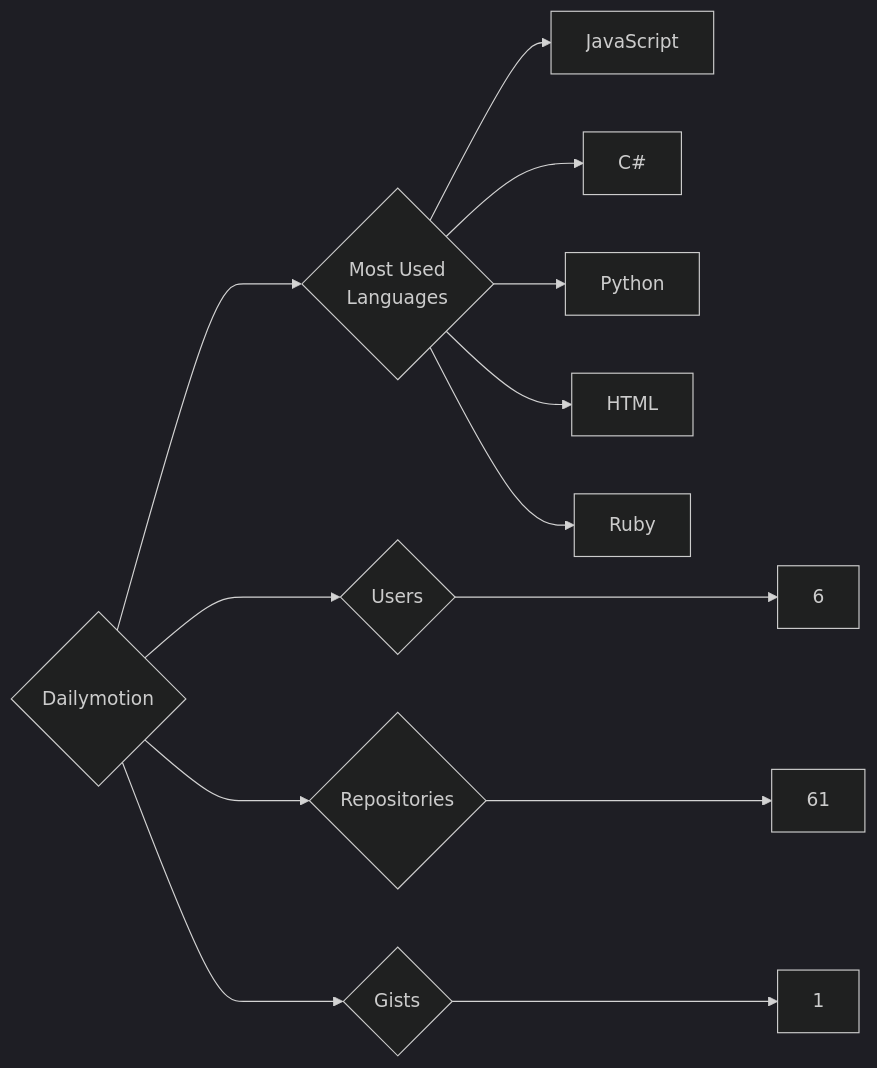
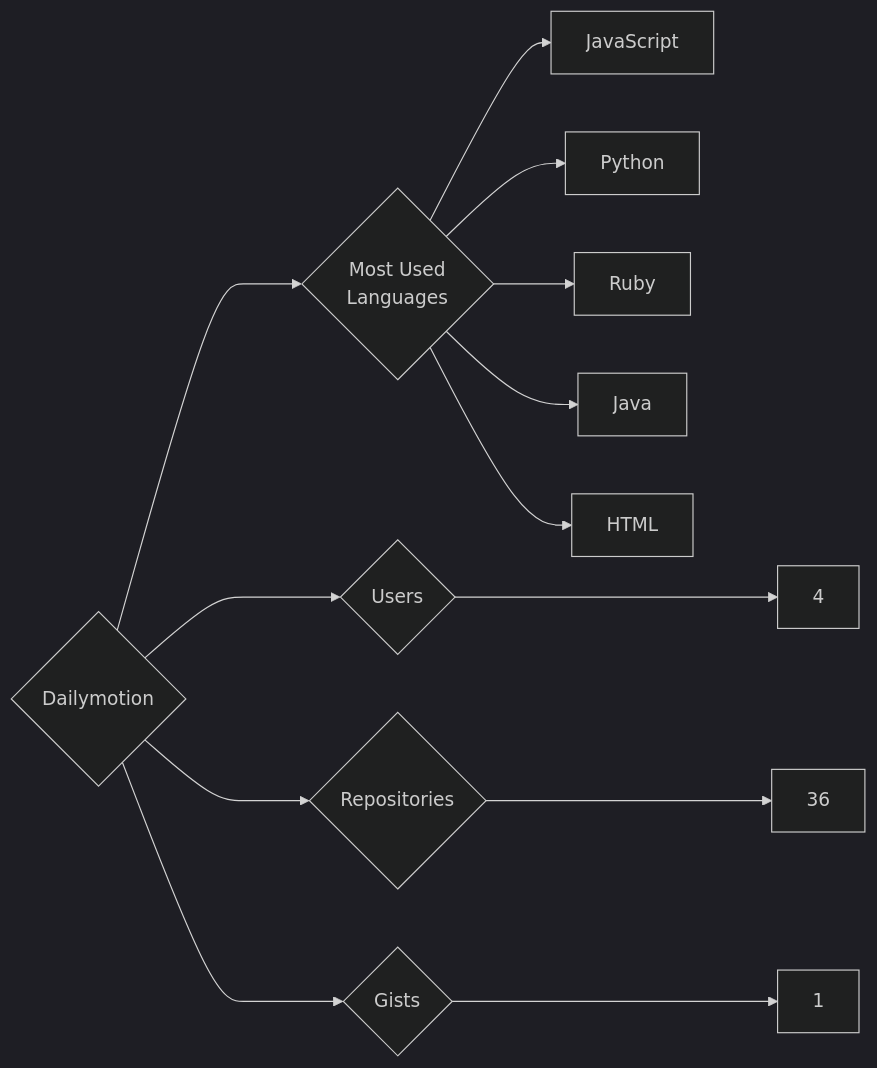
Before and after one commit to trickest/insiders: the diagram in targets/Dailymotion/README.md, drawn with Mermaid (dark theme). The commit also changed 1084 other files, not shown here.

````diff
--- a/targets/Dailymotion/README.md
+++ b/targets/Dailymotion/README.md
@@ -3,13 +3,13 @@
 ```mermaid
 graph LR
 COMPANY_NAME{Dailymotion}
-COMPANY_NAME ---> U{Users} ---> UN[6]
-COMPANY_NAME ---> R{Repositories} ---> RN[61]
+COMPANY_NAME ---> U{Users} ---> UN[4]
+COMPANY_NAME ---> R{Repositories} ---> RN[36]
 COMPANY_NAME ---> G{Gists} ---> GN[1]
 COMPANY_NAME ---> ML{Most Used<br>Languages}
 ML --> JavaScript[JavaScript]
-ML --> C#[C#]
 ML --> Python[Python]
+ML --> Ruby[Ruby]
+ML --> Java[Java]
 ML --> HTML[HTML]
-ML --> Ruby[Ruby]
 ```
````
